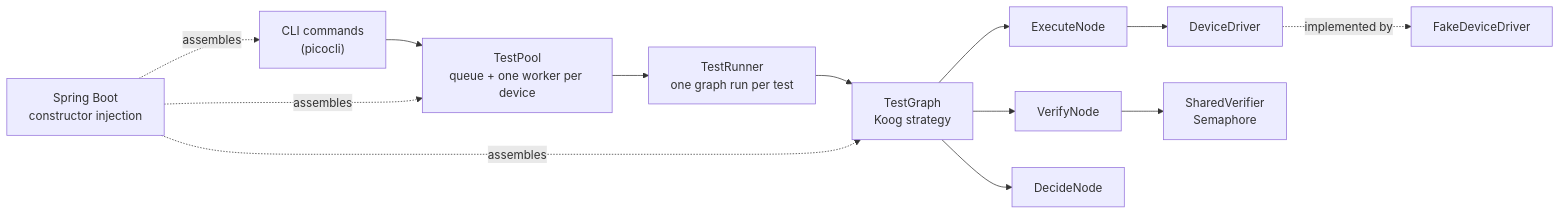
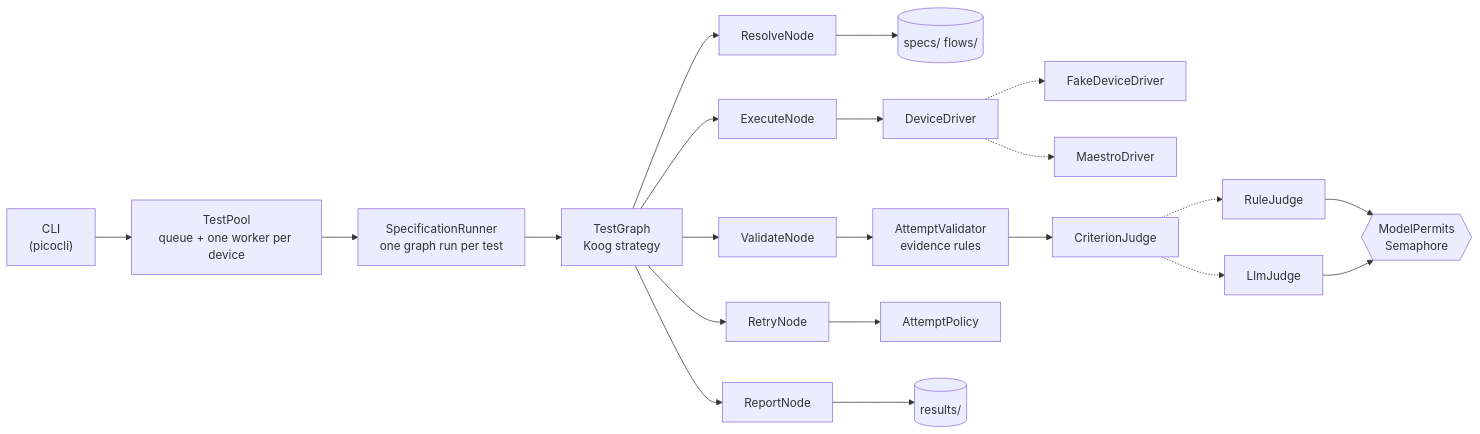
The first of 3 diagrams in README.md (inetand/kotlinfest2026-koog-e2e), drawn with Mermaid before and after one commit. The commit also changed other lines of this file, not shown here.

````diff
--- a/README.md
+++ b/README.md
@@ -71,15 +125,23 @@
 ```mermaid
 flowchart LR
-    CLI["CLI commands<br/>(picocli)"] --> Pool["TestPool<br/>queue + one worker per device"]
-    Pool --> Runner["TestRunner<br/>one graph run per test"]
+    CLI["CLI<br/>(picocli)"] --> Pool["TestPool<br/>queue + one worker per device"]
+    Pool --> Runner["SpecificationRunner<br/>one graph run per test"]
     Runner --> Graph["TestGraph<br/>Koog strategy"]
+    Graph --> Resolve["ResolveNode"]
     Graph --> Execute["ExecuteNode"]
-    Graph --> Verify["VerifyNode"]
-    Graph --> Decide["DecideNode"]
+    Graph --> Validate["ValidateNode"]
+    Graph --> Retry["RetryNode"]
+    Graph --> Report["ReportNode"]
+    Resolve --> Files[("specs/ flows/")]
     Execute --> Driver["DeviceDriver"]
-    Driver -.implemented by.-> Fake["FakeDeviceDriver"]
-    Verify --> Verifier["SharedVerifier<br/>Semaphore"]
-    Spring["Spring Boot<br/>constructor injection"] -.assembles.-> CLI
-    Spring -.assembles.-> Pool
-    Spring -.assembles.-> Graph
+    Driver -.-> Fake["FakeDeviceDriver"]
+    Driver -.-> Maestro["MaestroDriver"]
+    Validate --> Validator["AttemptValidator<br/>evidence rules"]
+    Validator --> Judge["CriterionJudge"]
+    Judge -.-> Rule["RuleJudge"]
+    Judge -.-> Llm["LlmJudge"]
+    Rule --> Permits{{"ModelPermits<br/>Semaphore"}}
+    Llm --> Permits
+    Retry --> Policy["AttemptPolicy"]
+    Report --> Results[("results/")]
 ```
````
